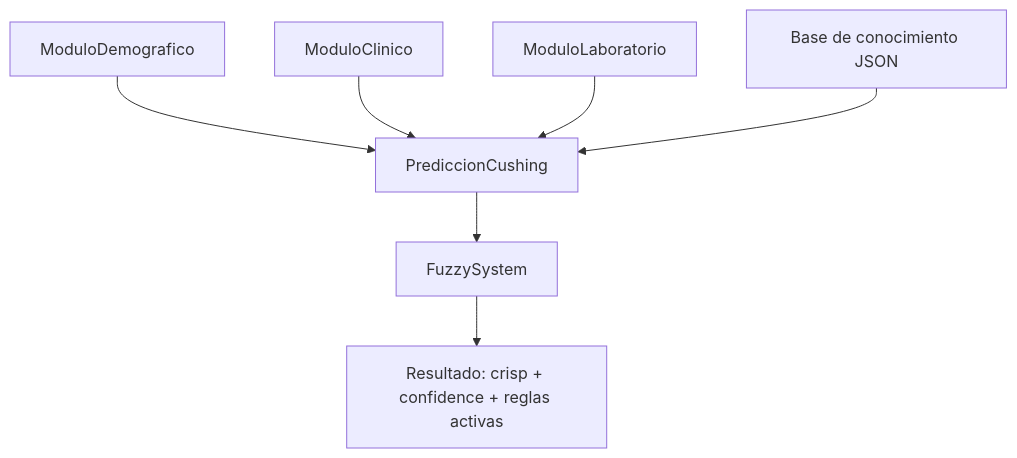
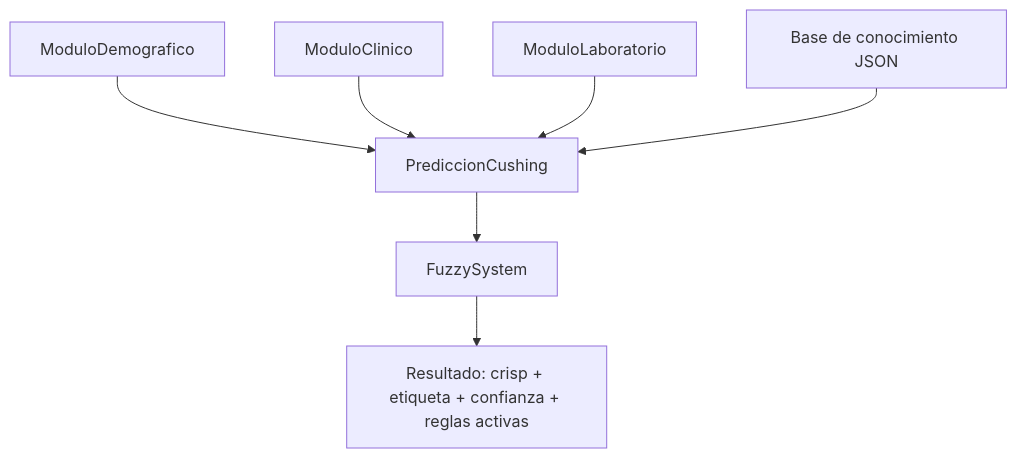
One commit to Mamarco13/coco-vet-engine changed the diagram in README.md. Above: the diagram before and after it, drawn with Mermaid. The commit also changed other lines of this file and 1 other file, not shown here.

````diff
--- a/README.md
+++ b/README.md
@@ -104,11 +154,11 @@
 ```mermaid
 graph TD
   D[ModuloDemografico] --> P[PrediccionCushing]
   C[ModuloClinico] --> P
   L[ModuloLaboratorio] --> P
 
   KB[Base de conocimiento JSON] --> P
 
   P --> FS[FuzzySystem]
-  FS --> OUT[Resultado: crisp + confidence + reglas activas]
+  FS --> OUT[Resultado: crisp + etiqueta + confianza + reglas activas]
 ```
````
